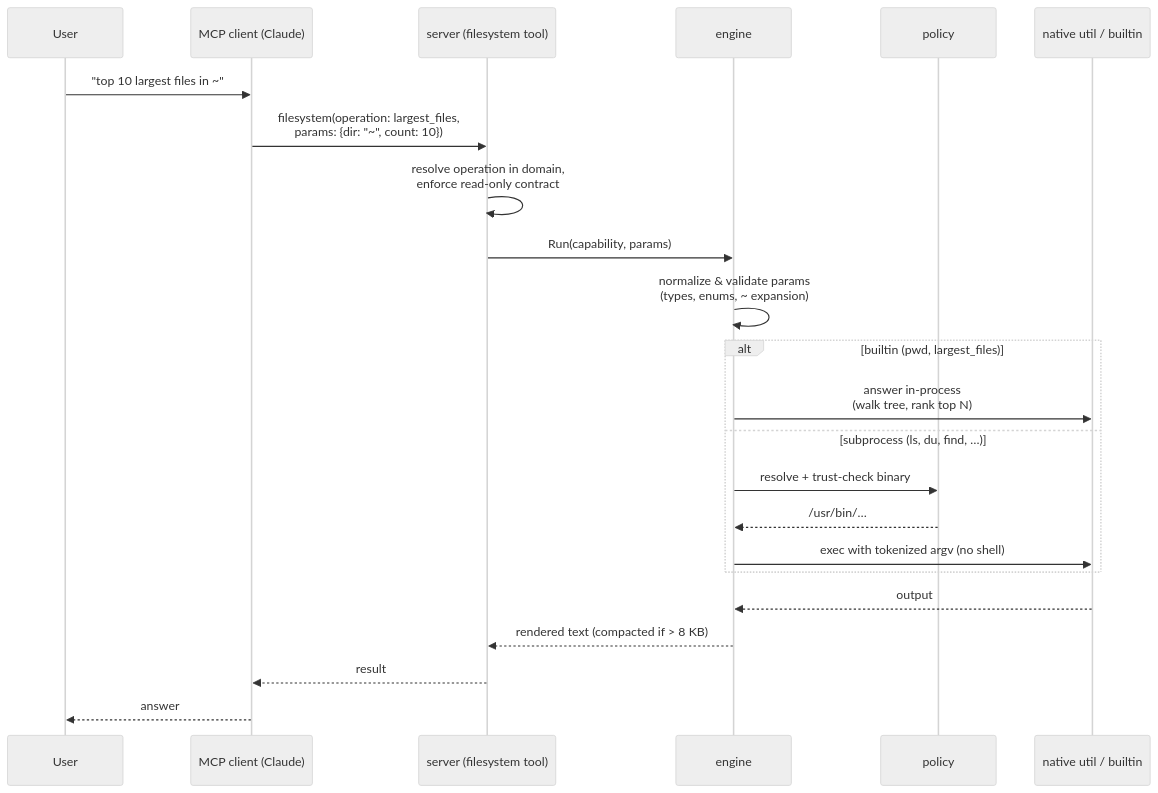
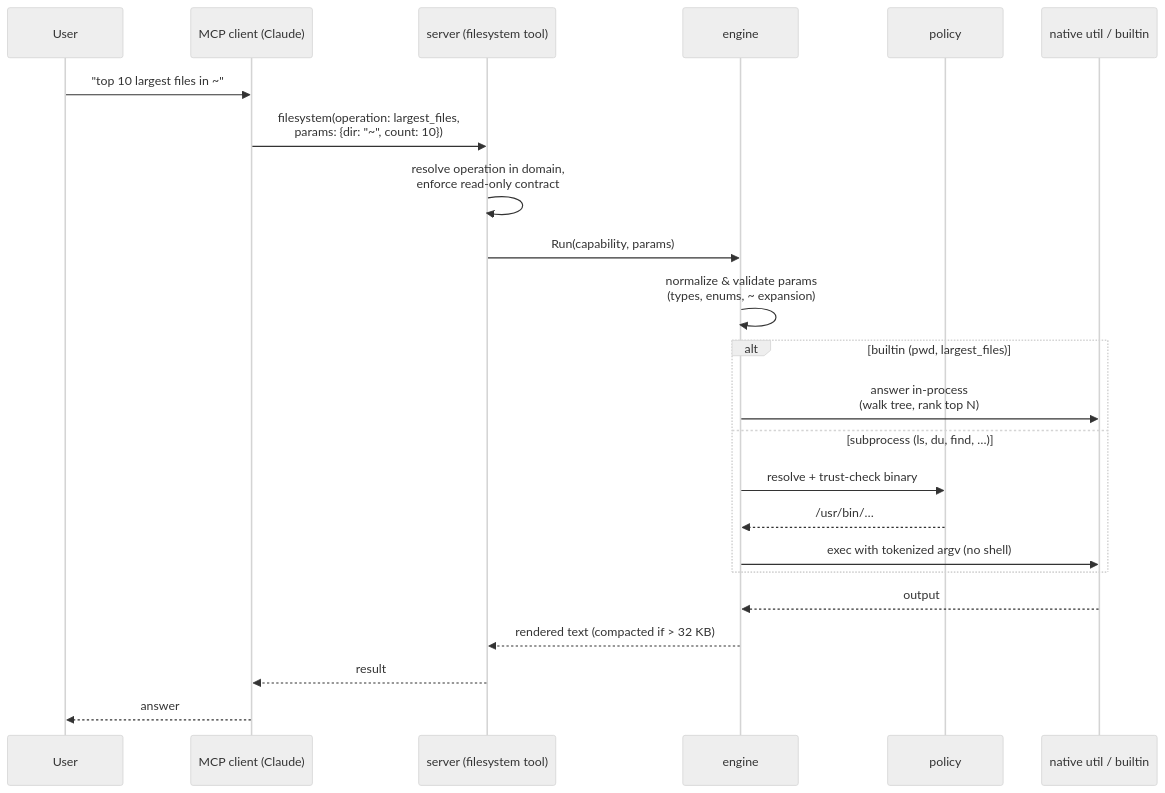
The second of 3 diagrams in docs/architecture.md (kinnoo-project/mcp-server-mac-os), drawn with Mermaid (neutral theme) before and after one commit. The commit also changed other lines of this file and 4 other files, not shown here.

````diff
--- a/docs/architecture.md
+++ b/docs/architecture.md
@@ -92,26 +97,26 @@
 ```mermaid
 sequenceDiagram
     participant U as User
     participant C as MCP client (Claude)
     participant S as server (filesystem tool)
     participant E as engine
     participant P as policy
     participant X as native util / builtin
 
     U->>C: "top 10 largest files in ~"
     C->>S: filesystem(operation: largest_files,<br/>params: {dir: "~", count: 10})
     S->>S: resolve operation in domain,<br/>enforce read-only contract
     S->>E: Run(capability, params)
     E->>E: normalize & validate params<br/>(types, enums, ~ expansion)
     alt builtin (pwd, largest_files)
         E->>X: answer in-process<br/>(walk tree, rank top N)
     else subprocess (ls, du, find, …)
         E->>P: resolve + trust-check binary
         P-->>E: /usr/bin/…
         E->>X: exec with tokenized argv (no shell)
     end
     X-->>E: output
-    E-->>S: rendered text (compacted if > 8 KB)
+    E-->>S: rendered text (compacted if > 32 KB)
     S-->>C: result
     C-->>U: answer
 ```
````
